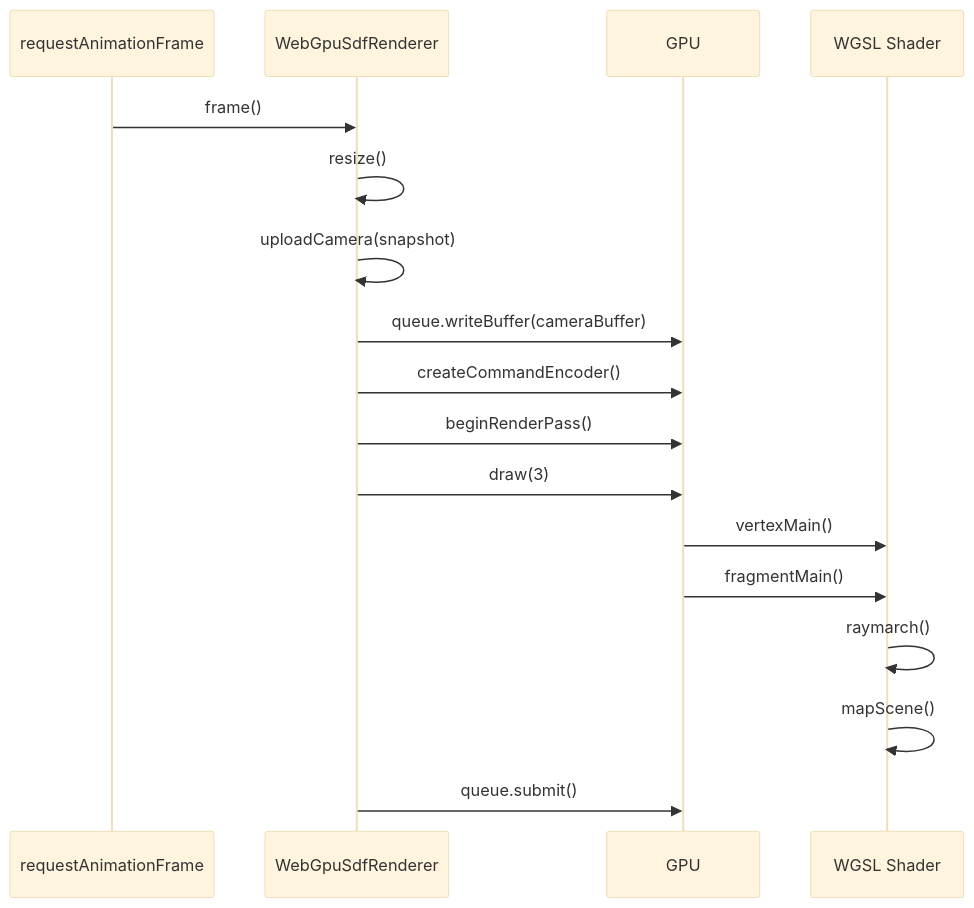
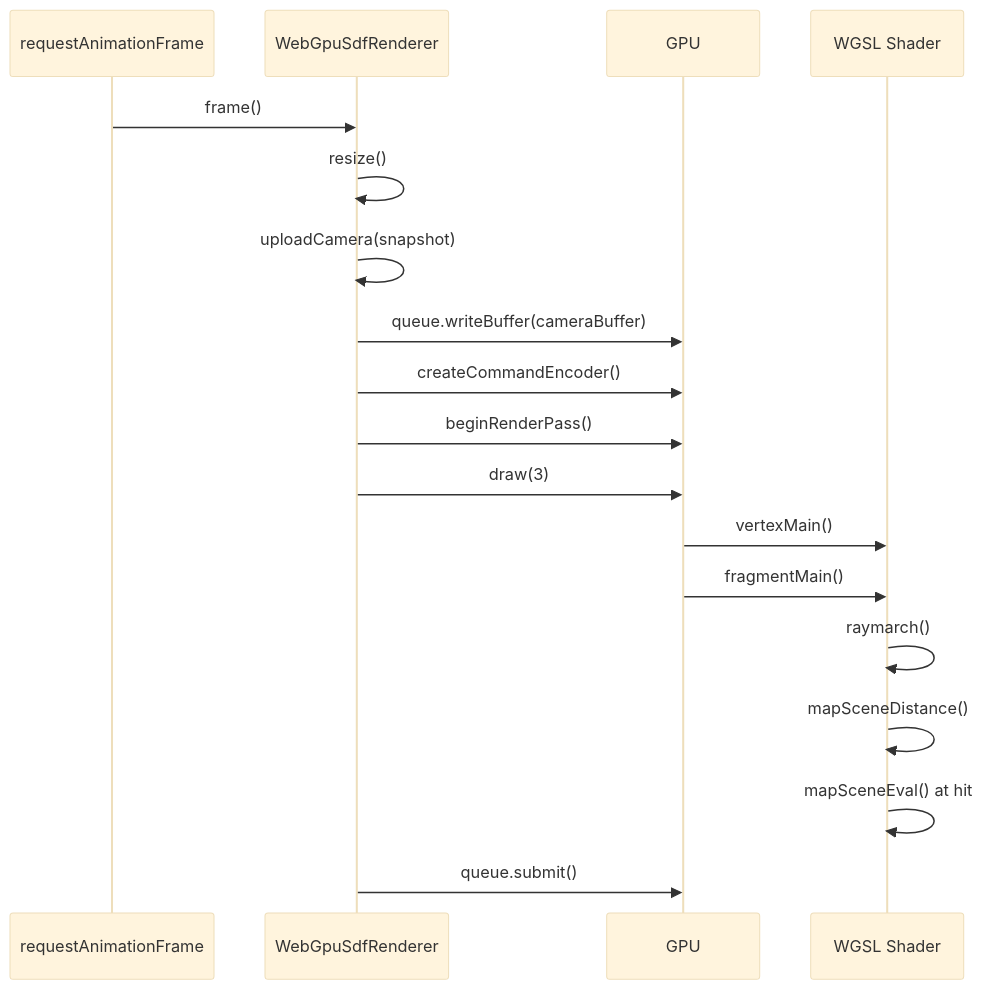
The fourth of 4 diagrams in docs/architecture.md (wakufactory/NexusGPU), drawn with Mermaid (base theme) before and after one commit. The commit also changed other lines of this file and 7 other files, not shown here.

````diff
--- a/docs/architecture.md
+++ b/docs/architecture.md
@@ -701,20 +725,21 @@
 ```mermaid
 sequenceDiagram
   participant RAF as requestAnimationFrame
   participant Renderer as WebGpuSdfRenderer
   participant GPU
   participant Shader as WGSL Shader
 
   RAF->>Renderer: frame()
   Renderer->>Renderer: resize()
   Renderer->>Renderer: uploadCamera(snapshot)
   Renderer->>GPU: queue.writeBuffer(cameraBuffer)
   Renderer->>GPU: createCommandEncoder()
   Renderer->>GPU: beginRenderPass()
   Renderer->>GPU: draw(3)
   GPU->>Shader: vertexMain()
   GPU->>Shader: fragmentMain()
   Shader->>Shader: raymarch()
-  Shader->>Shader: mapScene()
+  Shader->>Shader: mapSceneDistance()
+  Shader->>Shader: mapSceneEval() at hit
   Renderer->>GPU: queue.submit()
 ```
````
